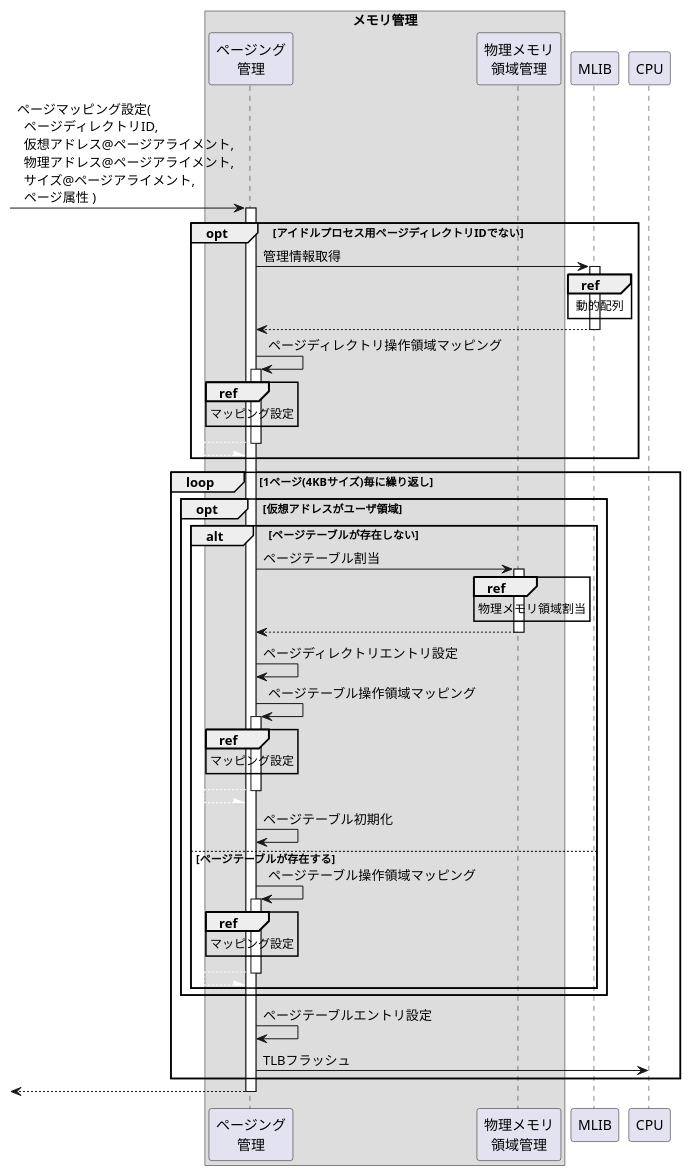
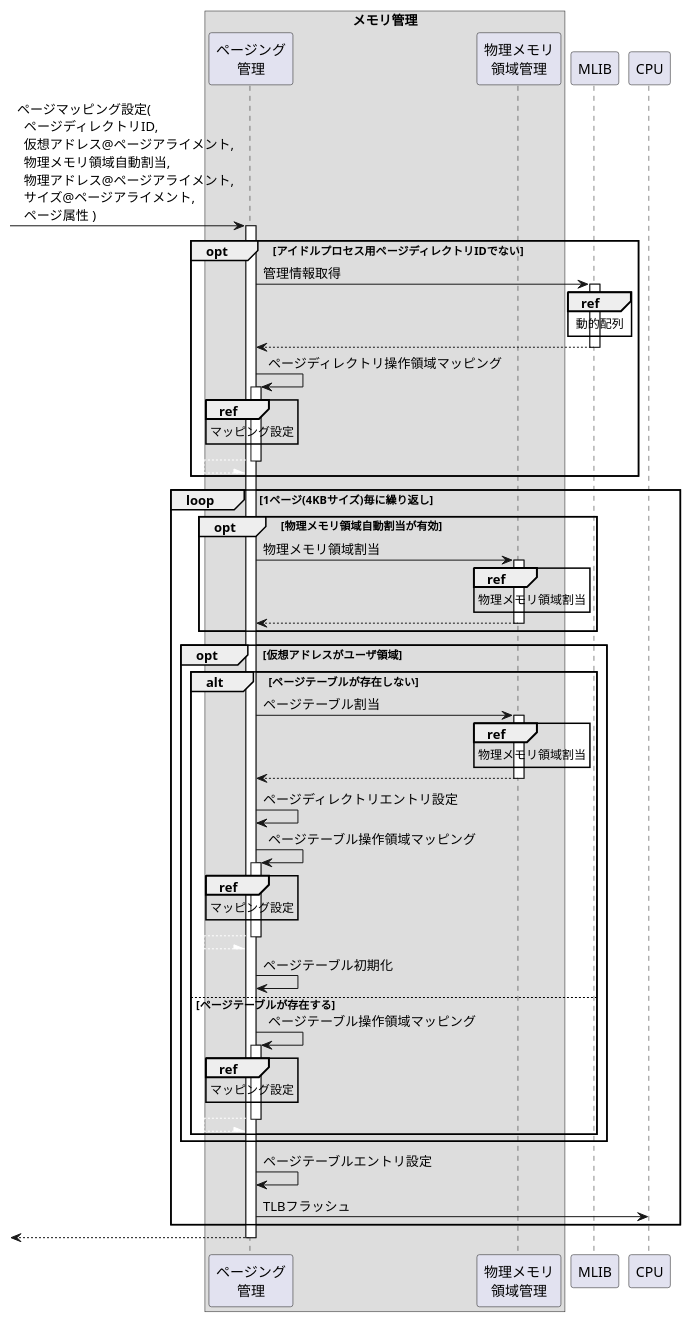
One commit to MasterMochi/MochiKernel changed the diagram in docs/docs/internal/Memmng/Page/set.puml. Above: the diagram before and after it, drawn with PlantUML. The commit also changed 23 other files, not shown here.

```diff
--- a/docs/docs/internal/Memmng/Page/set.puml
+++ b/docs/docs/internal/Memmng/Page/set.puml
@@ -1,64 +1,71 @@
 @startuml
 
 box "メモリ管理"
     participant "ページング\n管理"     as page
     participant "物理メモリ\n領域管理" as phys
 end box
 participant "MLIB" as mlib
 participant "CPU"  as cpu
 
--> page: ページマッピング設定(\n  ページディレクトリID,\n  仮想アドレス@ページアライメント,\n  物理アドレス@ページアライメント,\n  サイズ@ページアライメント,\n  ページ属性 )
+-> page: ページマッピング設定(\n  ページディレクトリID,\n  仮想アドレス@ページアライメント,\n  物理メモリ領域自動割当,\n  物理アドレス@ページアライメント,\n  サイズ@ページアライメント,\n  ページ属性 )
 activate page
 
 opt アイドルプロセス用ページディレクトリIDでない
     page -> mlib: 管理情報取得
     activate mlib
     ref over mlib: 動的配列
     page <-- mlib:
     deactivate mlib
 
     page -> page: ページディレクトリ操作領域マッピング
     activate page
     ref over page: マッピング設定
     page /[#FFFFFF]-- page:
     deactivate page
 end opt
 
 loop 1ページ(4KBサイズ)毎に繰り返し
+    opt 物理メモリ領域自動割当が有効
+        page -> phys: 物理メモリ領域割当
+        activate phys
+        ref over phys: 物理メモリ領域割当
+        page <-- phys:
+        deactivate phys
+    end opt
     opt 仮想アドレスがユーザ領域
 
         alt ページテーブルが存在しない
             page -> phys: ページテーブル割当
             activate phys
             ref over phys: 物理メモリ領域割当
             page <-- phys:
             deactivate phys
 
             page -> page: ページディレクトリエントリ設定
 
             page -> page: ページテーブル操作領域マッピング
             activate page
             ref over page: マッピング設定
             page /[#FFFFFF]-- page:
             deactivate page
 
             page -> page: ページテーブル初期化
 
         else ページテーブルが存在する
             page -> page: ページテーブル操作領域マッピング
             activate page
             ref over page: マッピング設定
             page /[#FFFFFF]-- page:
             deactivate page
         end alt
 
     end opt
 
     page -> page: ページテーブルエントリ設定
     page -> cpu: TLBフラッシュ
 end loop
 
 <-- page:
 deactivate page
 
 @enduml
```
